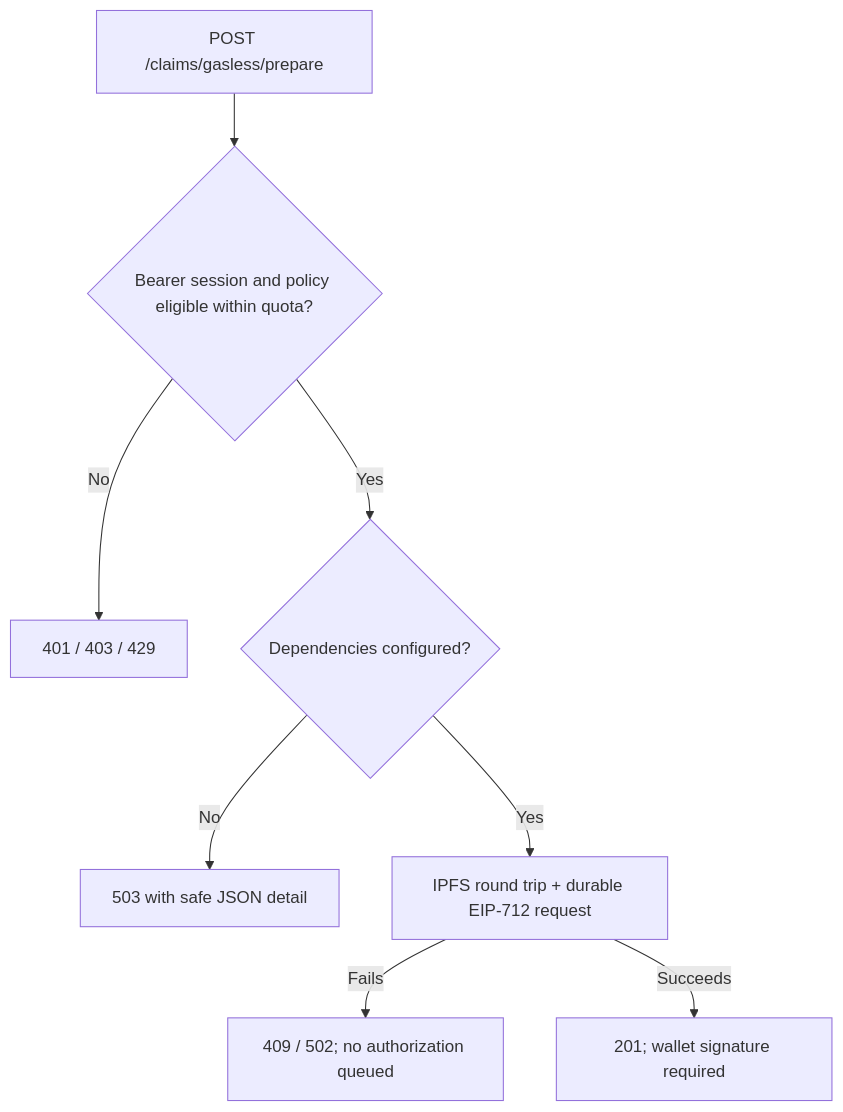
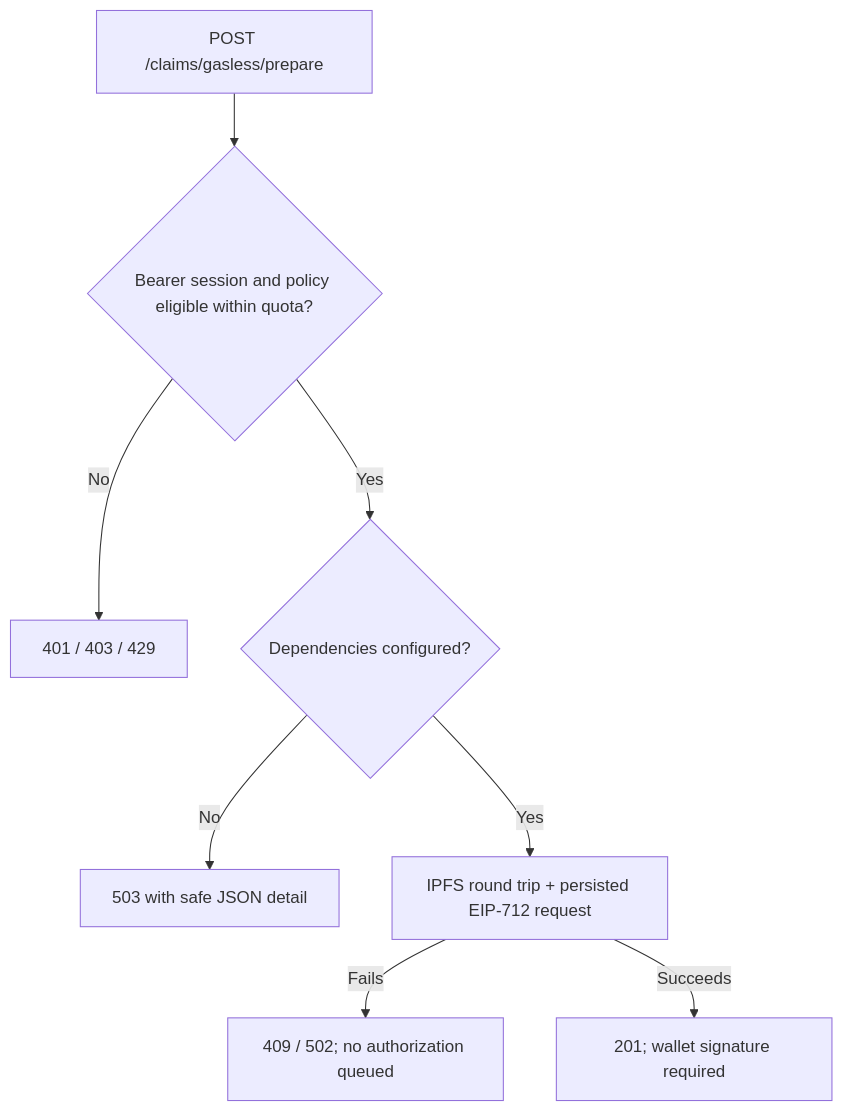
Before and after one commit to ganesh1997oli/Decentralized-Claims-Registry: the second of 2 diagrams in apps/backend/README.md, drawn with Mermaid. The commit also changed other lines of this file and 80 other files, not shown here.

````diff
--- a/apps/backend/README.md
+++ b/apps/backend/README.md
@@ -325,10 +325,10 @@
 ```mermaid
 flowchart TD
     Request["POST /claims/gasless/prepare"] --> Auth{"Bearer session and policy eligible within quota?"}
     Auth -->|No| FourXX["401 / 403 / 429"]
     Auth -->|Yes| Config{"Dependencies configured?"}
     Config -->|No| Unavailable["503 with safe JSON detail"]
-    Config -->|Yes| Prepare["IPFS round trip + durable EIP-712 request"]
+    Config -->|Yes| Prepare["IPFS round trip + persisted EIP-712 request"]
     Prepare -->|Fails| Gateway["409 / 502; no authorization queued"]
     Prepare -->|Succeeds| Created["201; wallet signature required"]
 ```
````
